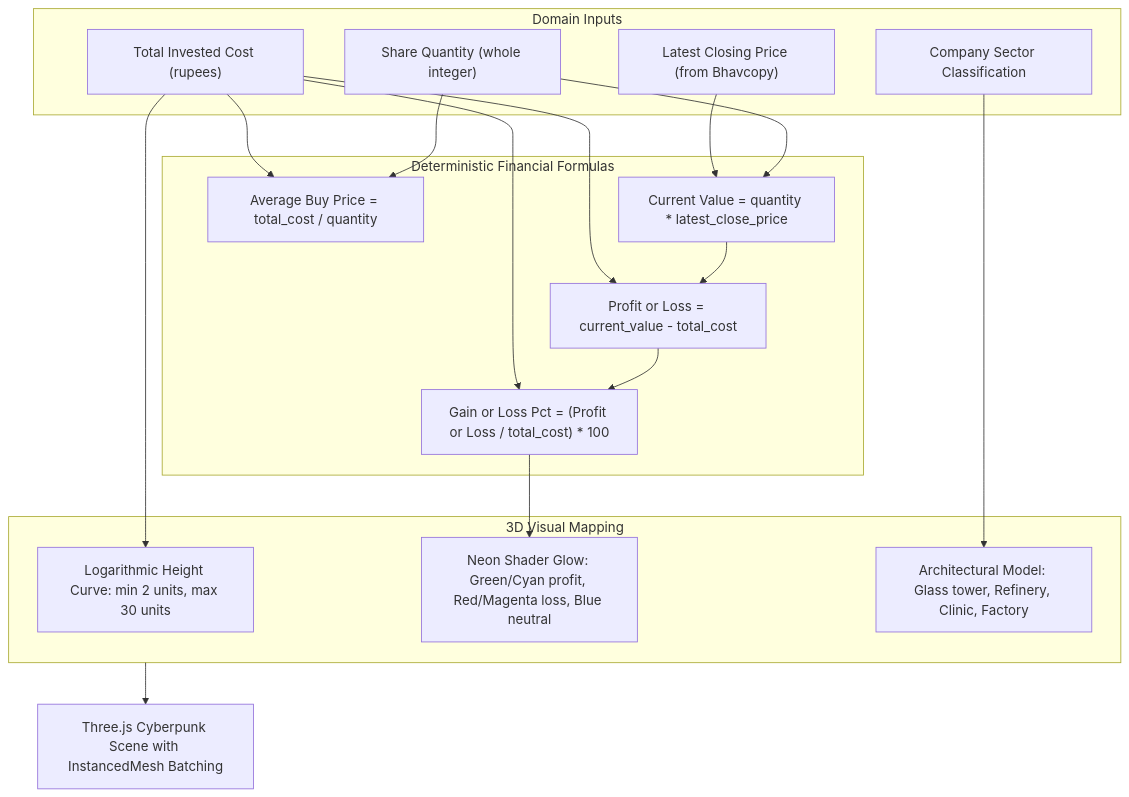
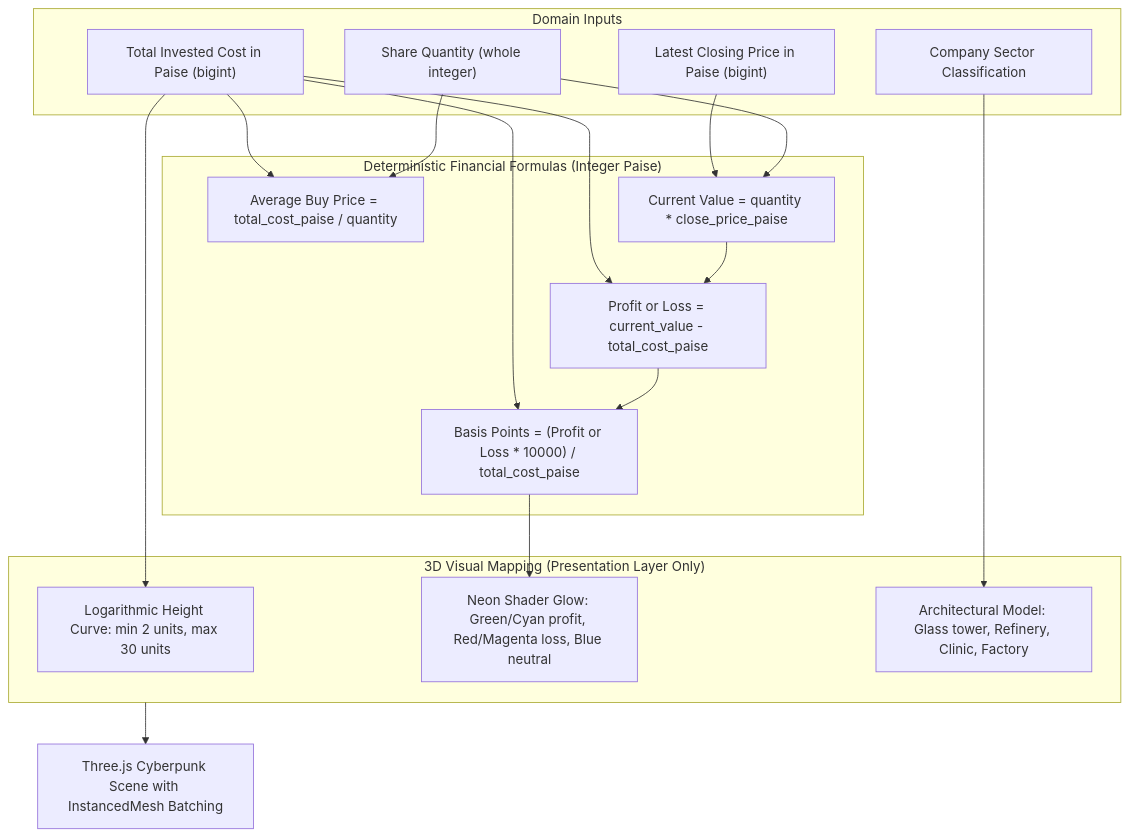
One commit to shubhamxdd/sto-viz changed the fourth of 4 diagrams in foliocity-data-model-diagrams.md. Above: the diagram before and after it, drawn with Mermaid. The commit also changed other lines of this file and 1 other file, not shown here.

Commit message:
docs(spec): apply codex cli follow up precision fixes

````diff
--- a/foliocity-data-model-diagrams.md
+++ b/foliocity-data-model-diagrams.md
@@ -144,24 +144,24 @@
 ```mermaid
 flowchart TD
     subgraph DataInputs["Domain Inputs"]
         InpQty["Share Quantity (whole integer)"]
-        InpCost["Total Invested Cost (rupees)"]
-        InpPrice["Latest Closing Price (from Bhavcopy)"]
+        InpCost["Total Invested Cost in Paise (bigint)"]
+        InpPrice["Latest Closing Price in Paise (bigint)"]
         InpSector["Company Sector Classification"]
     end
 
-    subgraph ExactMath["Deterministic Financial Formulas"]
-        InpQty & InpCost --> BuyPriceCalc["Average Buy Price = total_cost / quantity"]
-        InpQty & InpPrice --> MarketValCalc["Current Value = quantity * latest_close_price"]
-        MarketValCalc & InpCost --> ProfitLossCalc["Profit or Loss = current_value - total_cost"]
-        ProfitLossCalc & InpCost --> PctCalc["Gain or Loss Pct = (Profit or Loss / total_cost) * 100"]
+    subgraph ExactMath["Deterministic Financial Formulas (Integer Paise)"]
+        InpQty & InpCost --> BuyPriceCalc["Average Buy Price = total_cost_paise / quantity"]
+        InpQty & InpPrice --> MarketValCalc["Current Value = quantity * close_price_paise"]
+        MarketValCalc & InpCost --> ProfitLossCalc["Profit or Loss = current_value - total_cost_paise"]
+        ProfitLossCalc & InpCost --> PctCalc["Basis Points = (Profit or Loss * 10000) / total_cost_paise"]
     end
 
-    subgraph Procedural3D["3D Visual Mapping"]
+    subgraph Procedural3D["3D Visual Mapping (Presentation Layer Only)"]
         InpCost --> HeightCalc["Logarithmic Height Curve: min 2 units, max 30 units"]
         PctCalc --> GlowColorCalc["Neon Shader Glow: Green/Cyan profit, Red/Magenta loss, Blue neutral"]
         InpSector --> MeshStyle["Architectural Model: Glass tower, Refinery, Clinic, Factory"]
     end
 
     Procedural3D --> CityCanvas["Three.js Cyberpunk Scene with InstancedMesh Batching"]
 ```
````
